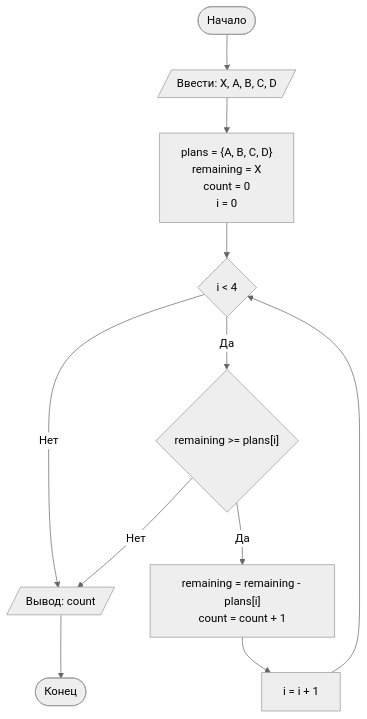
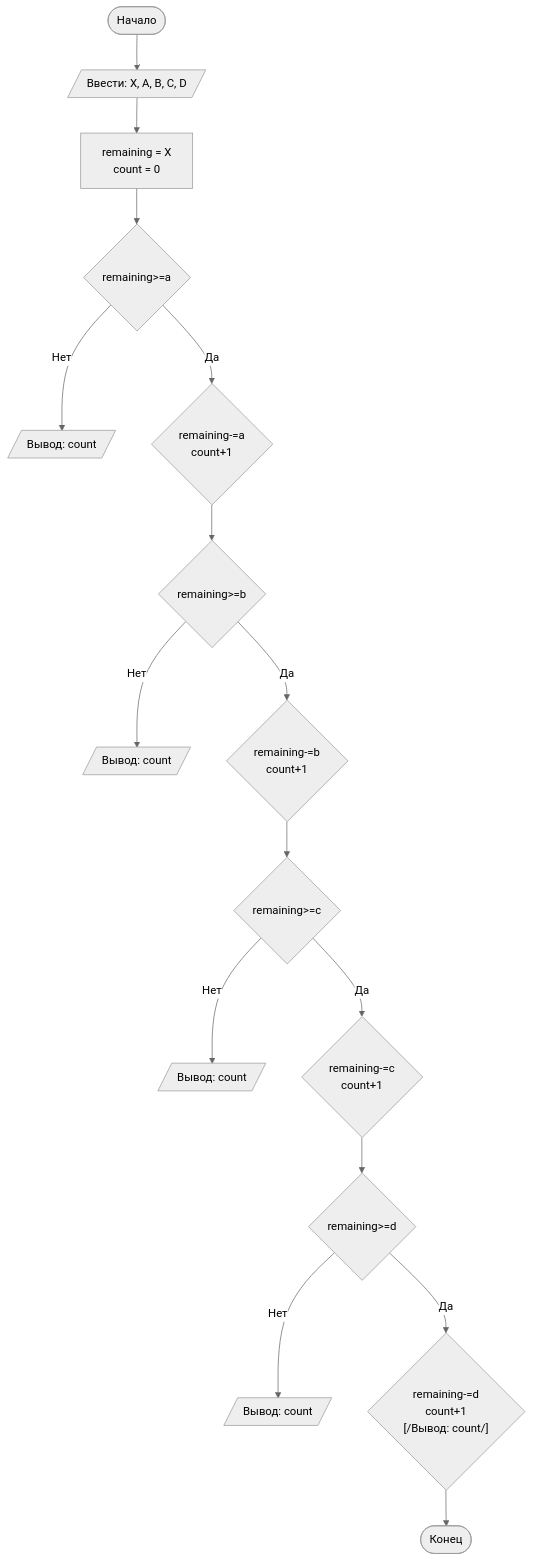
Before and after one commit to polinkreznichenk/lab1: the diagram in README.md, drawn with Mermaid (neutral theme). The commit also changed other lines of this file, not shown here.

````diff
--- a/README.md
+++ b/README.md
@@ -147,13 +147,18 @@
 ```mermaid
 graph TD
     A([Начало]) --> B[/Ввести: X, A, B, C, D/]
-    B --> P["plans = {A, B, C, D}<br/>remaining = X<br/>count = 0<br/>i = 0"]
-    P --> C{i < 4}
+    B --> P["remaining = X<br/>count = 0"]
+    P --> C{remaining>=a}
     C -- Нет --> O[/Вывод: count/]
-    C -- Да --> D{"remaining >= plans[i]"}
-    D -- Да --> E["remaining = remaining - plans[i]<br/>count = count + 1"]
-    E --> F["i = i + 1"]
-    F --> C
-    D -- Нет --> O
-    O --> Z([Конец])
+    C -- Да --> D{"remaining-=a<br/>count+1"}
+    D --> E{remaining>=b}
+    E -- Нет --> F[/Вывод: count/]
+    E -- Да --> G{"remaining-=b<br/>count+1"}
+    G --> H{remaining>=c}
+    H -- Нет --> J[/Вывод: count/]
+    H -- Да --> K{"remaining-=c<br/>count+1"}
+    K --> L{remaining>=d}
+    L -- Нет --> Z[/Вывод: count/]
+    L -- Да --> X{"remaining-=d<br/>count+1<br/>[/Вывод: count/]"}
+    X --> Y([Конец])
 ```
````
